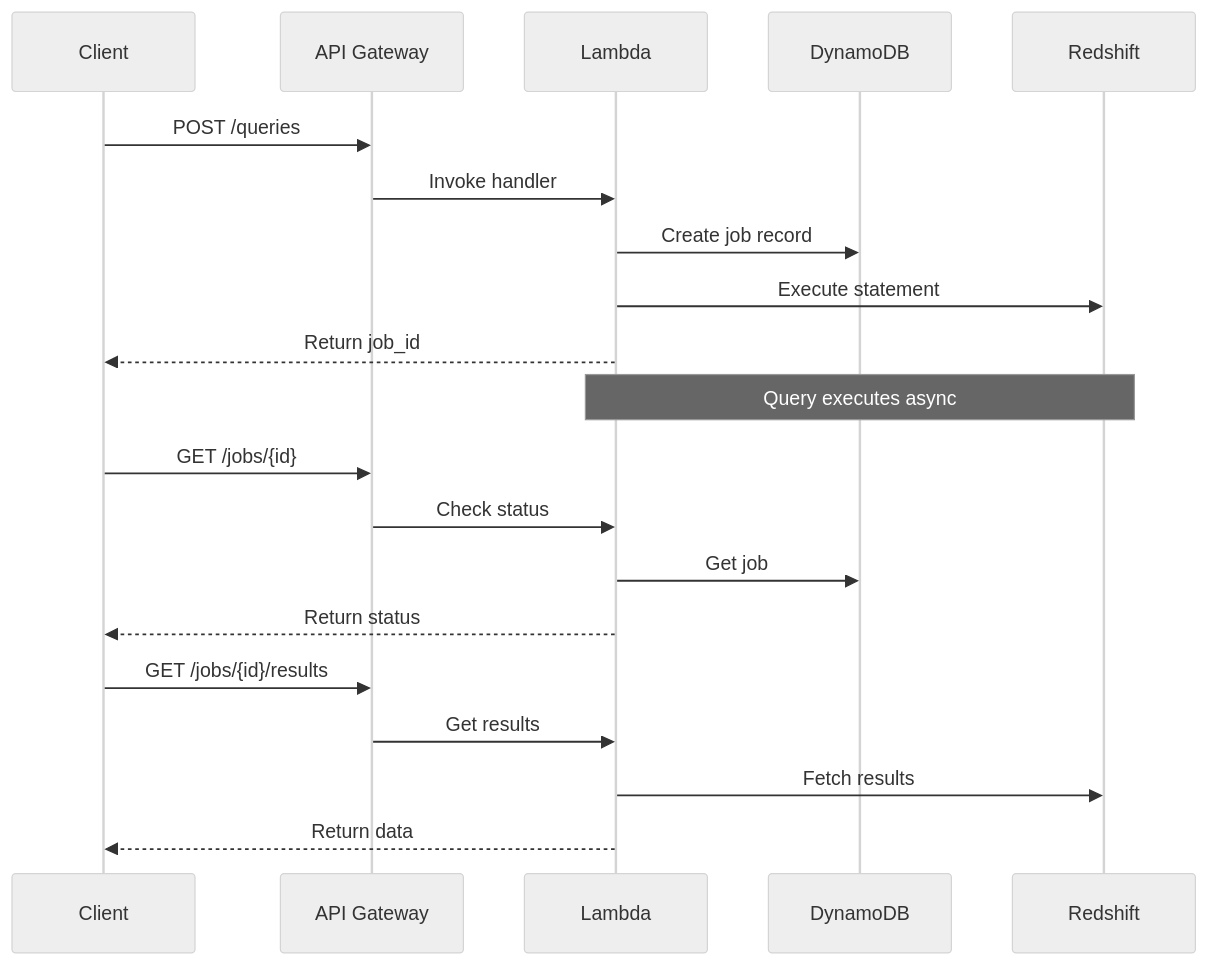
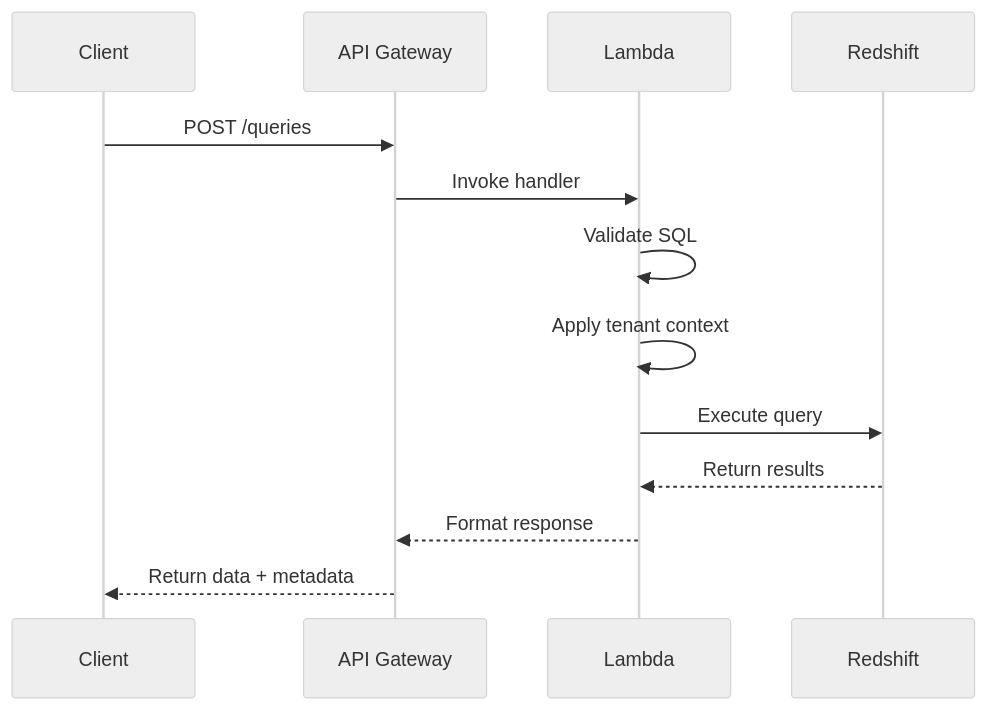
The second of 2 diagrams in docs/getting-started/quickstart.md (zhiweio/redshift-spectra), drawn with Mermaid (neutral theme) before and after one commit. The commit also changed other lines of this file and 15 other files, not shown here.

````diff
--- a/docs/getting-started/quickstart.md
+++ b/docs/getting-started/quickstart.md
@@ -158,26 +187,16 @@
 ```mermaid
 sequenceDiagram
     participant Client
     participant API as API Gateway
     participant Lambda
-    participant DynamoDB
     participant Redshift
 
     Client->>API: POST /queries
     API->>Lambda: Invoke handler
-    Lambda->>DynamoDB: Create job record
-    Lambda->>Redshift: Execute statement
-    Lambda-->>Client: Return job_id
-    
-    Note over Lambda,Redshift: Query executes async
-    
-    Client->>API: GET /jobs/{id}
-    API->>Lambda: Check status
-    Lambda->>DynamoDB: Get job
-    Lambda-->>Client: Return status
-    
-    Client->>API: GET /jobs/{id}/results
-    API->>Lambda: Get results
-    Lambda->>Redshift: Fetch results
-    Lambda-->>Client: Return data
+    Lambda->>Lambda: Validate SQL
+    Lambda->>Lambda: Apply tenant context
+    Lambda->>Redshift: Execute query
+    Redshift-->>Lambda: Return results
+    Lambda-->>API: Format response
+    API-->>Client: Return data + metadata
 ```
````
